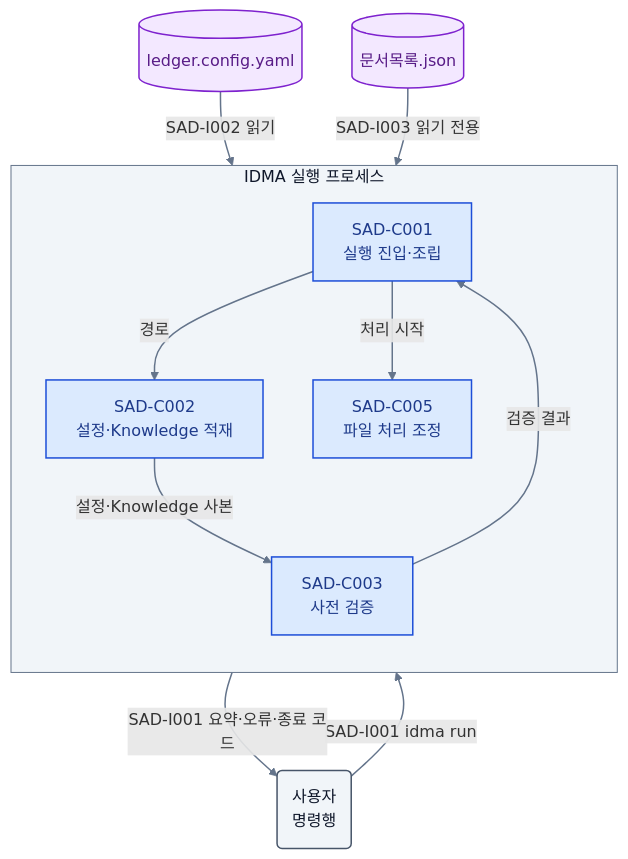
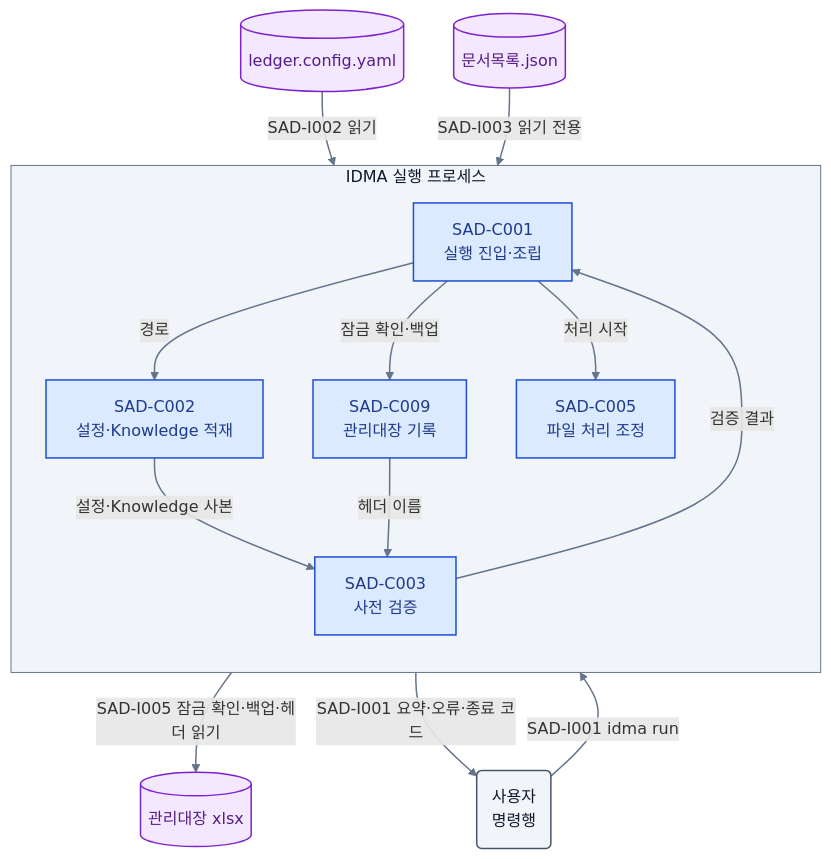
One commit to jby2199/IDMA changed the first of 3 diagrams in docs/3.Design/SAD.md. Above: the diagram before and after it, drawn with Mermaid. The commit also changed other lines of this file and 2 other files, not shown here.

First line of the commit message:
docs: 설계 V&V 결함 D-01~D-08 반영 — SRS 00.02 명확화, SAD 00.02

````diff
--- a/docs/3.Design/SAD.md
+++ b/docs/3.Design/SAD.md
@@ -121,22 +121,25 @@
 ```mermaid
 flowchart TB
     U("사용자<br/>명령행") -->|SAD-I001 idma run| A
     subgraph SYS[IDMA 실행 프로세스]
         direction TB
         A["SAD-C001<br/>실행 진입·조립"] -->|경로| B["SAD-C002<br/>설정·Knowledge 적재"]
         B -->|설정·Knowledge 사본| C["SAD-C003<br/>사전 검증"]
         C -->|검증 결과| A
+        A -->|잠금 확인·백업| L["SAD-C009<br/>관리대장 기록"]
+        L -->|헤더 이름| C
         A -->|처리 시작| P["SAD-C005<br/>파일 처리 조정"]
     end
+    L -->|SAD-I005 잠금 확인·백업·헤더 읽기| WB[("관리대장 xlsx")]
     CF[("ledger.config.yaml")] -->|SAD-I002 읽기| B
     KF[("문서목록.json")] -->|SAD-I003 읽기 전용| B
     A -->|SAD-I001 요약·오류·종료 코드| U
     classDef process fill:#DBEAFE,stroke:#1D4ED8,color:#1E3A8A,stroke-width:1.5px;
     classDef data fill:#F3E8FF,stroke:#7E22CE,color:#581C87,stroke-width:1.5px;
     classDef neutral fill:#F1F5F9,stroke:#475569,color:#0F172A,stroke-width:1.5px;
-    class A,B,C,P process;
-    class CF,KF data;
+    class A,B,C,L,P process;
+    class CF,KF,WB data;
     class U neutral;
     style SYS fill:#F1F5F9,stroke:#64748B,color:#0F172A;
     linkStyle default stroke:#64748B,stroke-width:1.5px;
 ```
````
